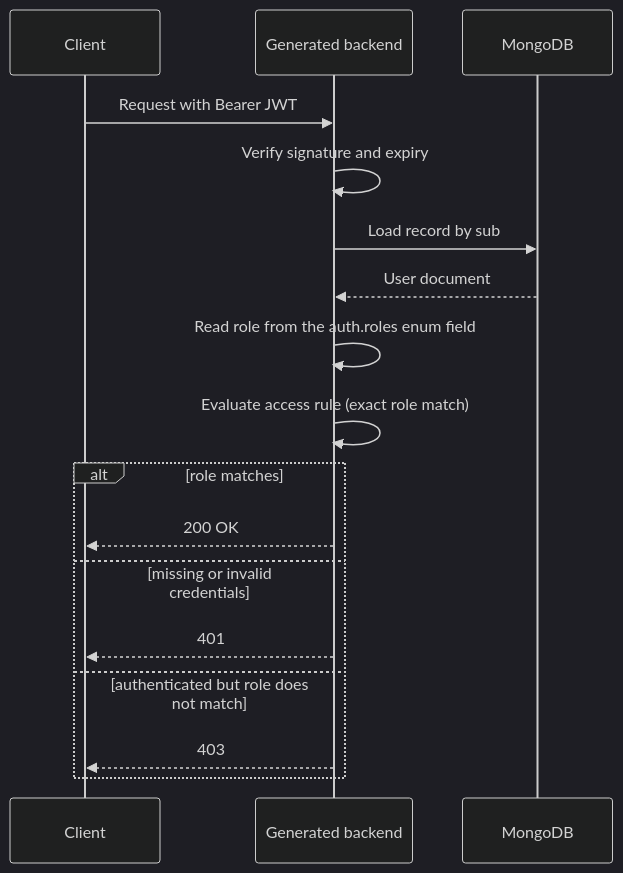
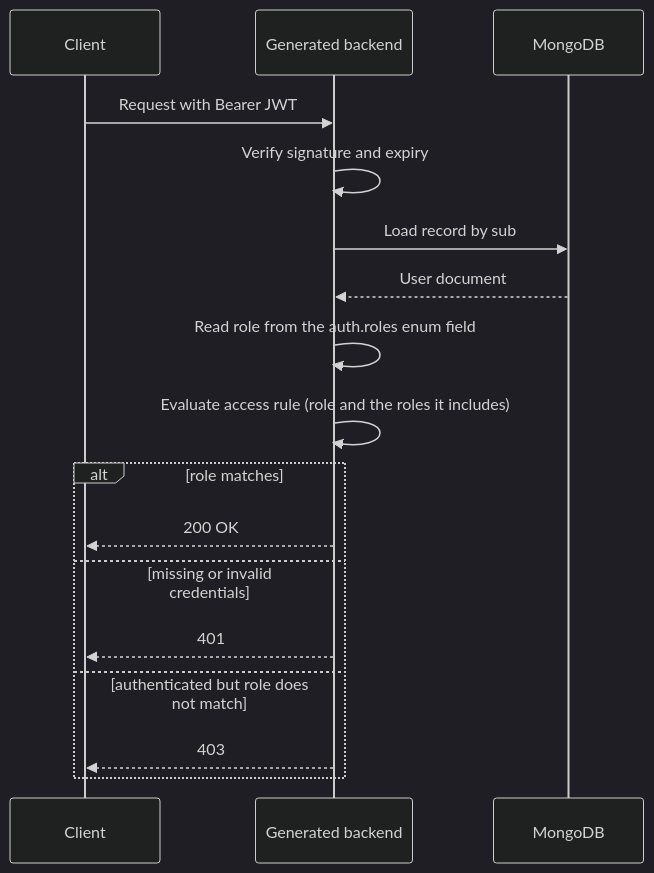
One commit to sebastiaoteixeira/stackform changed the diagram in docs/v0.2/Tutorial/06-roles.md. Above: the diagram before and after it, drawn with Mermaid (dark theme). The commit also changed other lines of this file and 62 other files, not shown here.

````diff
--- a/docs/v0.2/Tutorial/06-roles.md
+++ b/docs/v0.2/Tutorial/06-roles.md
@@ -111,19 +110,19 @@
 ```mermaid
 sequenceDiagram
     participant C as Client
     participant S as Generated backend
     participant DB as MongoDB
     C->>S: Request with Bearer JWT
     S->>S: Verify signature and expiry
     S->>DB: Load record by sub
     DB-->>S: User document
     S->>S: Read role from the auth.roles enum field
-    S->>S: Evaluate access rule (exact role match)
+    S->>S: Evaluate access rule (role and the roles it includes)
     alt role matches
         S-->>C: 200 OK
     else missing or invalid credentials
         S-->>C: 401
     else authenticated but role does not match
         S-->>C: 403
     end
 ```
````
